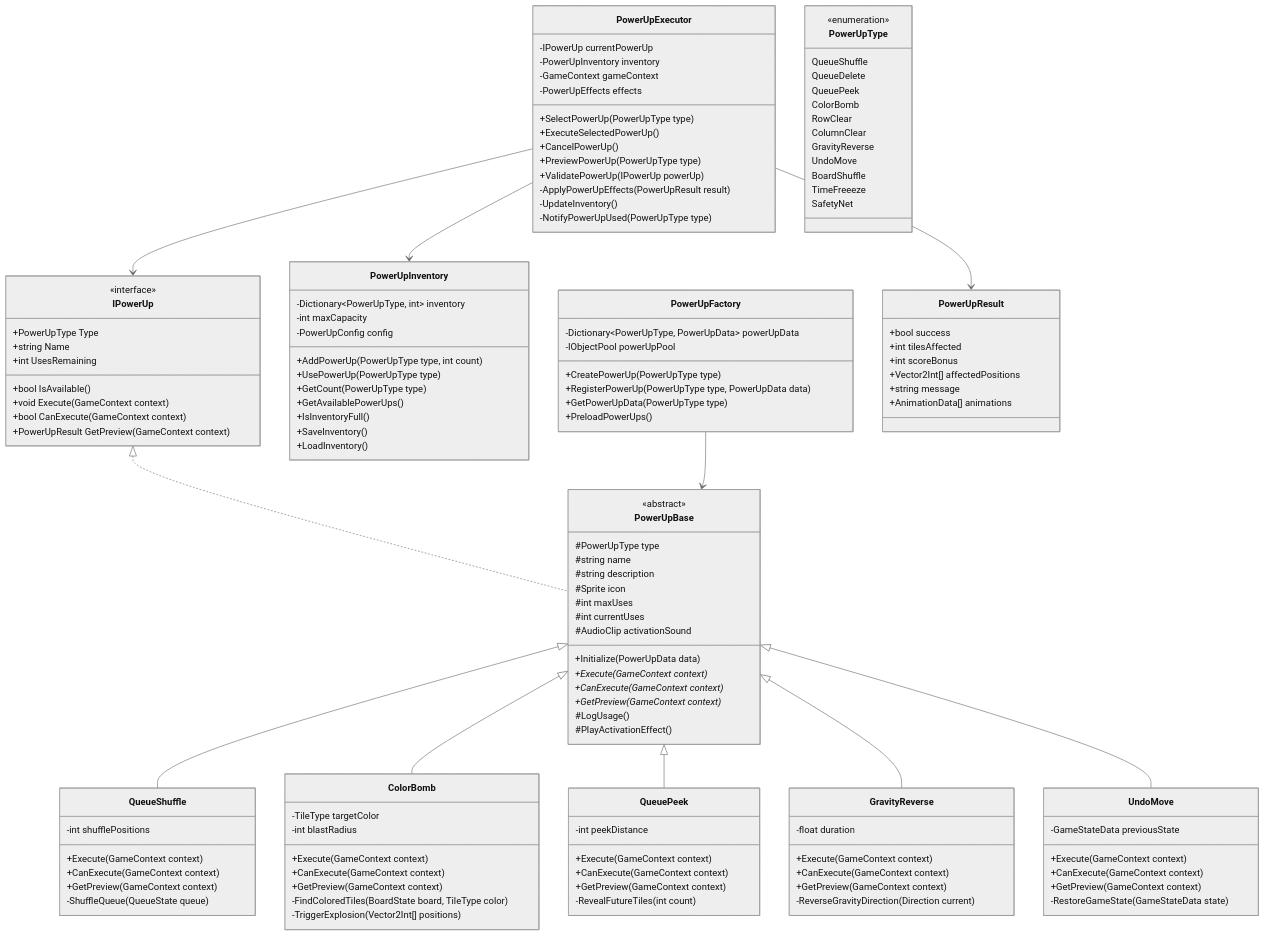
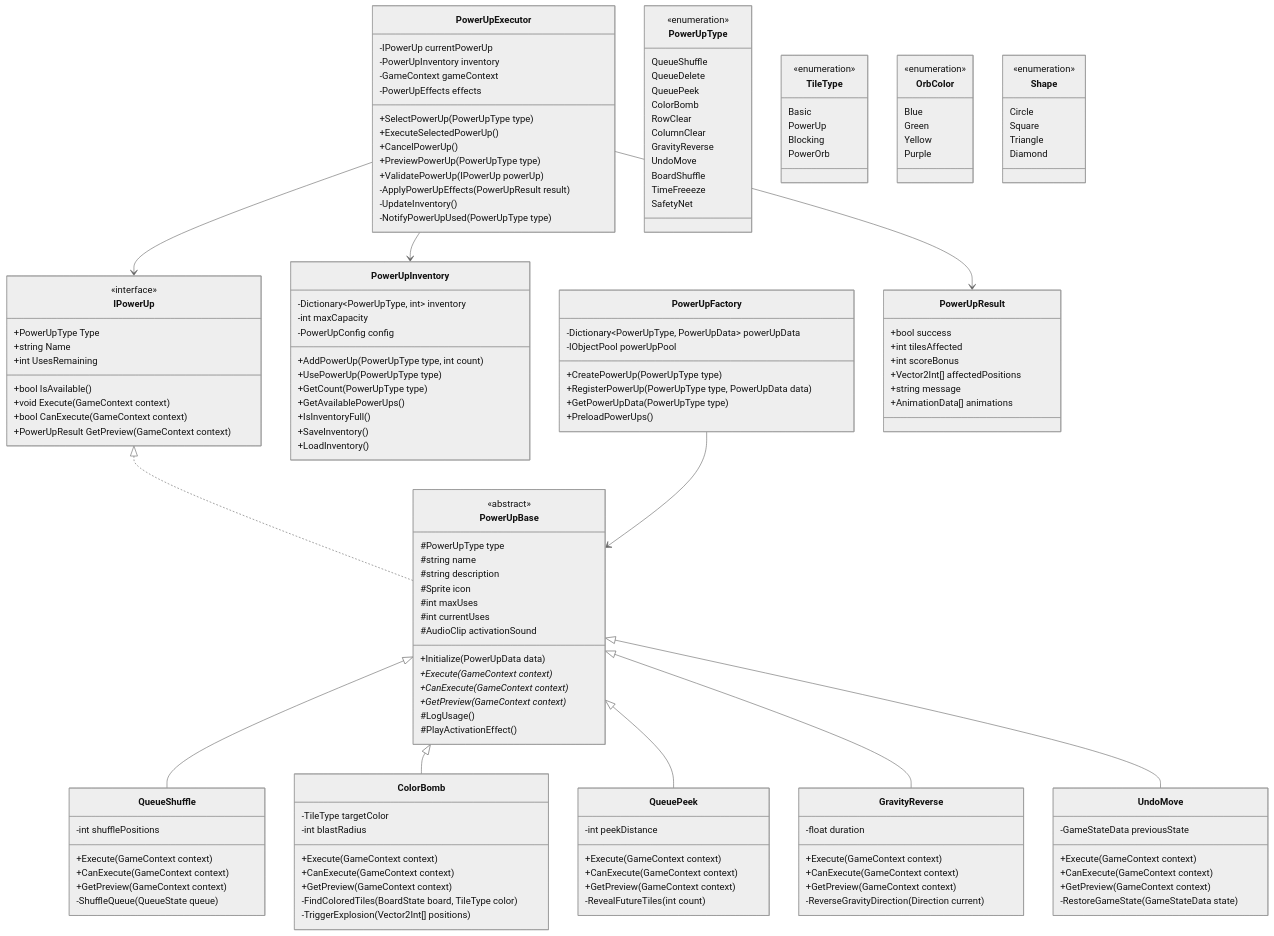
Before and after one commit to uriahwhitt/SWITCH: diagram 11 of 33 in docs/architecture/SWITCH_system_architecture.md, drawn with Mermaid (neutral theme). The commit also changed other lines of this file and 42 other files, not shown here.

```diff
--- a/docs/architecture/SWITCH_system_architecture.md
+++ b/docs/architecture/SWITCH_system_architecture.md
@@ -865,6 +981,30 @@
         SafetyNet
     }
     
+    class TileType {
+        <<enumeration>>
+        Basic
+        PowerUp
+        Blocking
+        PowerOrb
+    }
+    
+    class OrbColor {
+        <<enumeration>>
+        Blue
+        Green
+        Yellow
+        Purple
+    }
+    
+    class Shape {
+        <<enumeration>>
+        Circle
+        Square
+        Triangle
+        Diamond
+    }
+    
     IPowerUp <|.. PowerUpBase
     PowerUpBase <|-- QueueShuffle
     PowerUpBase <|-- ColorBomb
```
